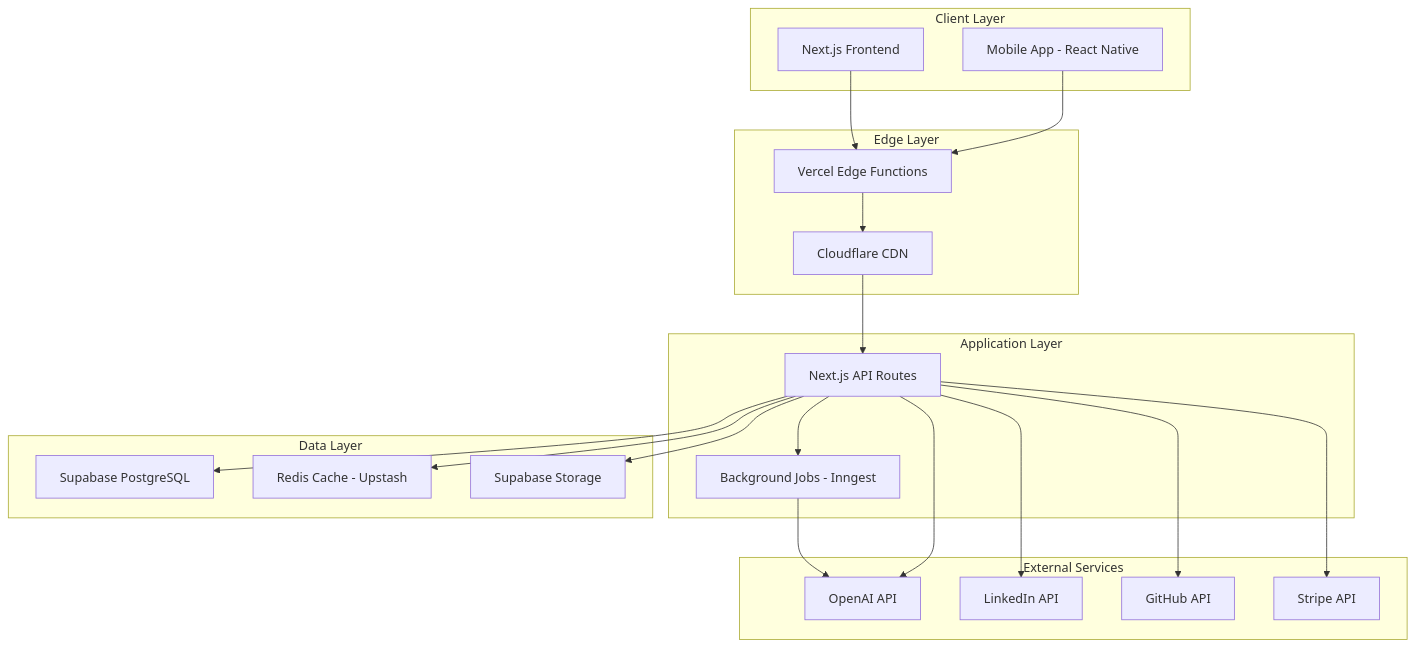
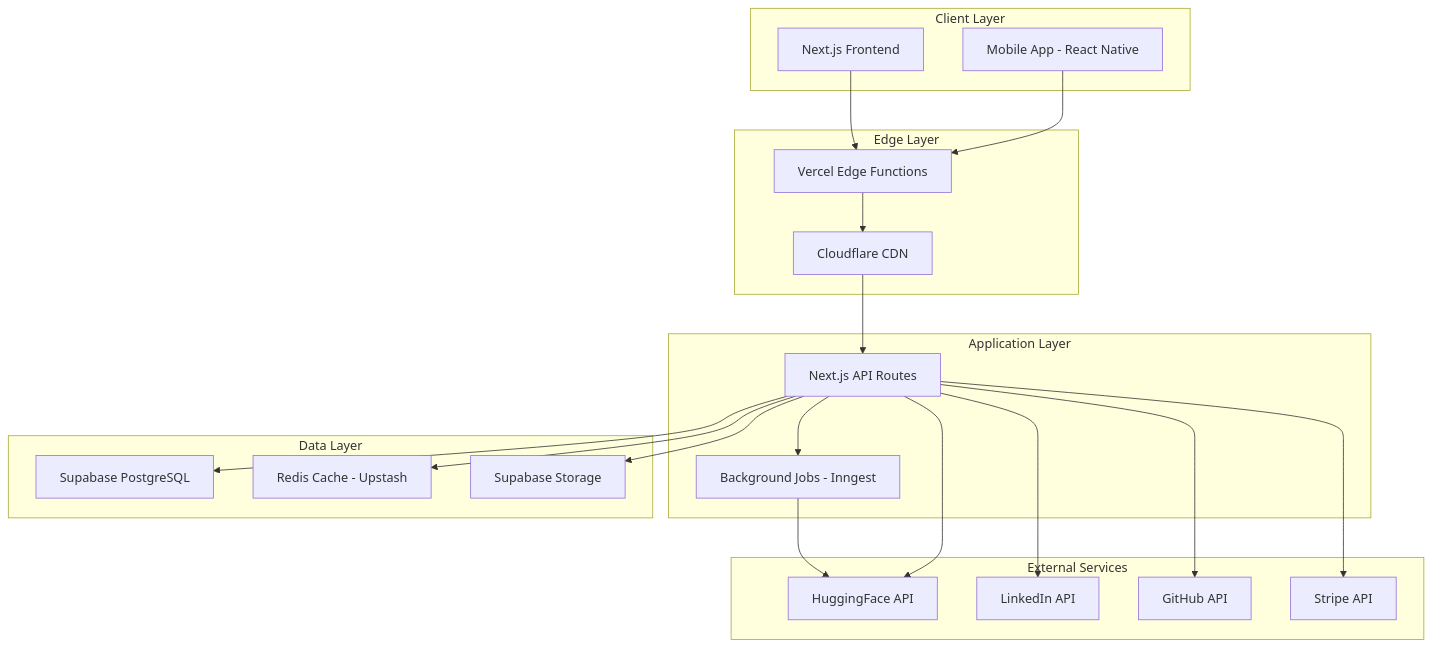
One commit to madfam-io/ai-portfolio-builder changed the second of 4 diagrams in docs/ARCHITECTURE.md. Above: the diagram before and after it, drawn with Mermaid. The commit also changed other lines of this file and 12 other files, not shown here.

````diff
--- a/docs/ARCHITECTURE.md
+++ b/docs/ARCHITECTURE.md
@@ -57,44 +57,44 @@
 ```mermaid
 graph TB
     subgraph "Client Layer"
         A[Next.js Frontend]
         B[Mobile App - React Native]
     end
 
     subgraph "Edge Layer"
         C[Vercel Edge Functions]
         D[Cloudflare CDN]
     end
 
     subgraph "Application Layer"
         E[Next.js API Routes]
         F[Background Jobs - Inngest]
     end
 
     subgraph "Data Layer"
         G[Supabase PostgreSQL]
         H[Redis Cache - Upstash]
         I[Supabase Storage]
     end
 
     subgraph "External Services"
-        J[OpenAI API]
+        J[HuggingFace API]
         K[LinkedIn API]
         L[GitHub API]
         M[Stripe API]
     end
 
     A --> C
     B --> C
     C --> D
     D --> E
     E --> G
     E --> H
     E --> I
     E --> F
     F --> J
     E --> J
     E --> K
     E --> L
     E --> M
 ```
````
